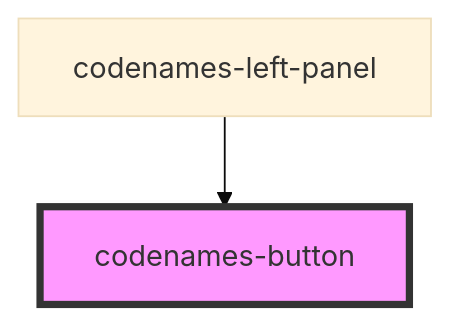
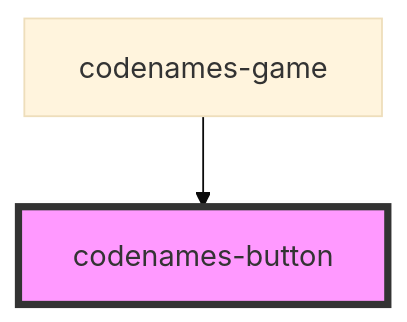
Before and after one commit to nelspd915/codenames: the diagram in packages/frontend/src/components/codenames-button/readme.md, drawn with Mermaid (base theme). The commit also changed other lines of this file and 21 other files, not shown here.

````diff
--- a/packages/frontend/src/components/codenames-button/readme.md
+++ b/packages/frontend/src/components/codenames-button/readme.md
@@ -23,5 +21,5 @@
 ```mermaid
 graph TD;
-  codenames-left-panel --> codenames-button
+  codenames-game --> codenames-button
   style codenames-button fill:#f9f,stroke:#333,stroke-width:4px
 ```
````
